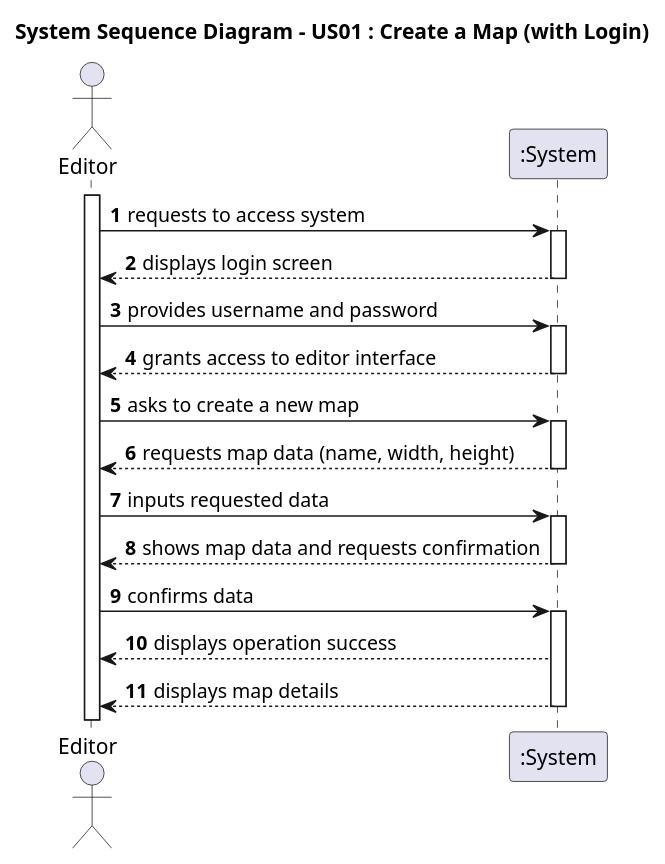
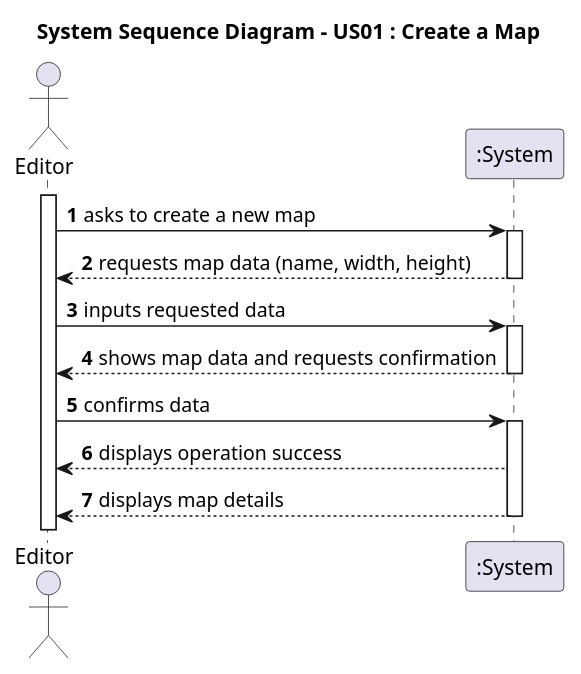
Before and after one commit to HenriqueSilva18/Railway-Network-Simulator: the diagram in docs/system-documentation/Sprint 2/US01/01.requirements-engineering/puml/US01-SSD.puml, drawn with PlantUML. The commit also changed 16 other files, not shown here.

```diff
--- a/docs/system-documentation/Sprint 2/US01/01.requirements-engineering/puml/US01-SSD.puml
+++ b/docs/system-documentation/Sprint 2/US01/01.requirements-engineering/puml/US01-SSD.puml
@@ -1,35 +1,25 @@
 @startuml
 autonumber
-title "System Sequence Diagram - US01 : Create a Map (with Login)"
+title "System Sequence Diagram - US01 : Create a Map"
 actor "Editor" as Editor
 participant ":System" as System
 
 activate Editor
-
-Editor -> System: requests to access system
-activate System
-System --> Editor: displays login screen
-deactivate System
-
-Editor -> System: provides username and password
-activate System
-System --> Editor: grants access to editor interface
-deactivate System
 
 Editor -> System: asks to create a new map
 activate System
 System --> Editor: requests map data (name, width, height)
 deactivate System
 
 Editor -> System: inputs requested data
 activate System
 System --> Editor: shows map data and requests confirmation
 deactivate System
 
 Editor -> System: confirms data
 activate System
 System --> Editor: displays operation success
 System --> Editor: displays map details
 deactivate System
 
 @enduml
```
